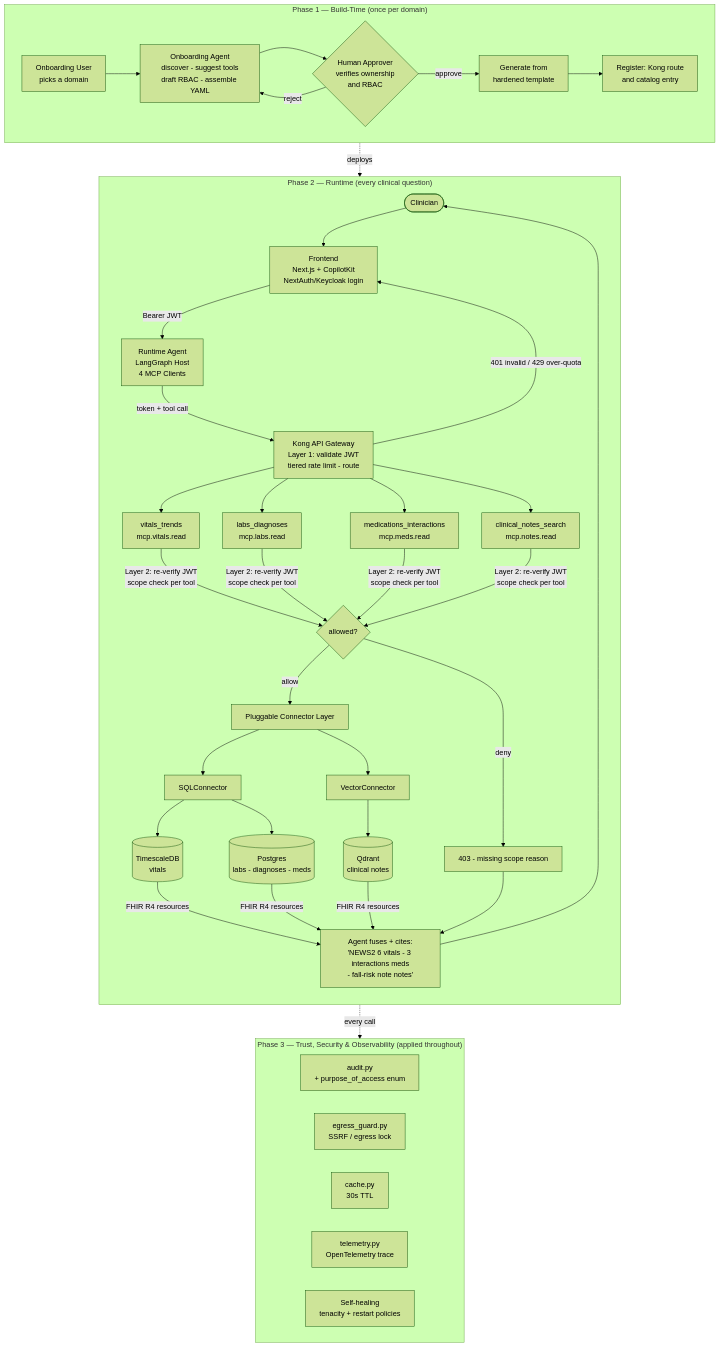
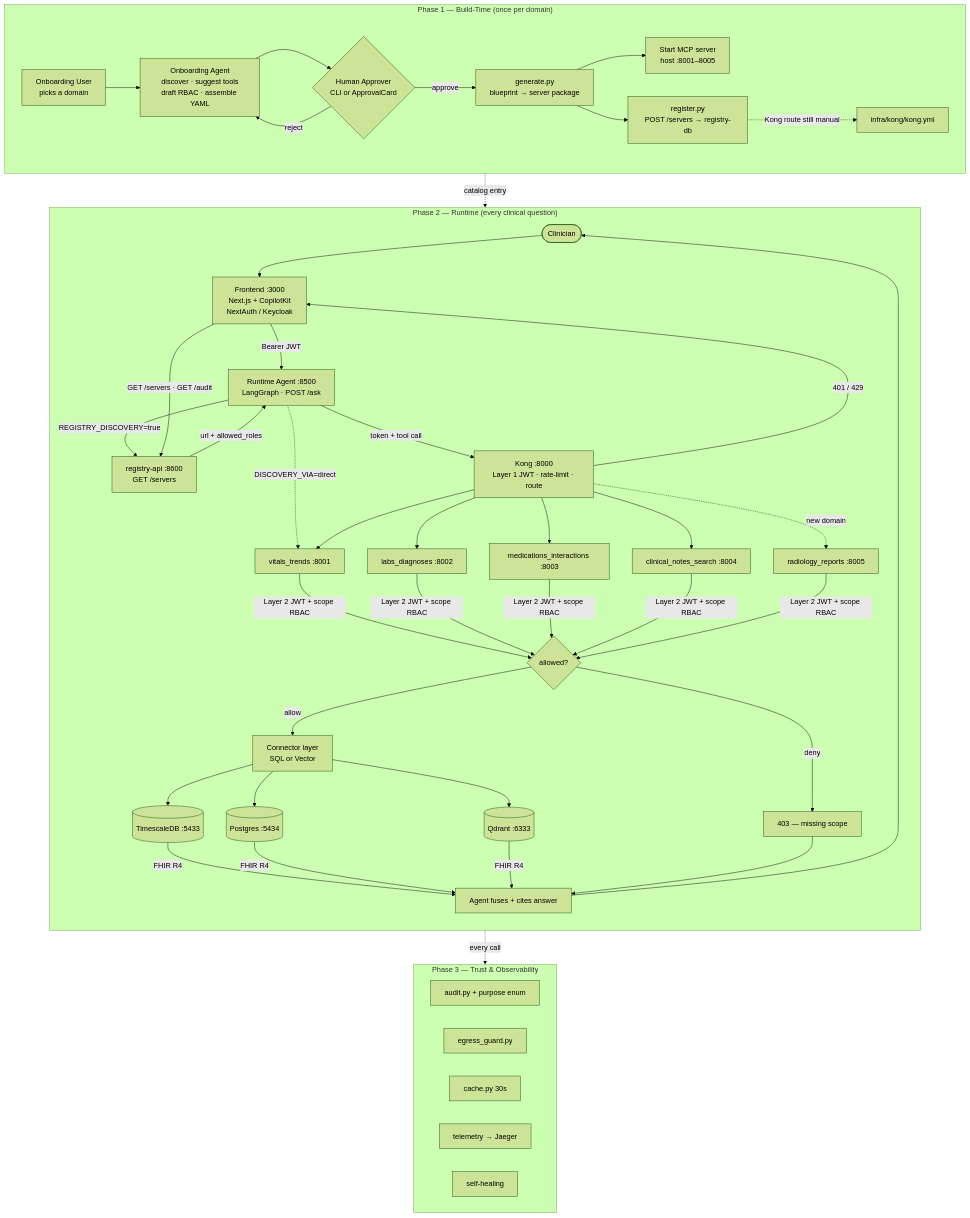
Before and after one commit to aakash-p-s/MCP-Data-Factory: the first of 2 diagrams in README.md, drawn with Mermaid (forest theme). The commit also changed other lines of this file and 13 other files, not shown here.

First line of the commit message:
docs: update flow diagrams for onboarding-runtime bridge

````diff
--- a/README.md
+++ b/README.md
@@ -80,50 +80,55 @@
 ```mermaid
 flowchart TB
     subgraph BUILD["Phase 1 — Build-Time (once per domain)"]
         direction LR
-        U1[Onboarding User<br/>picks a domain] --> OA[Onboarding Agent<br/>discover - suggest tools<br/>draft RBAC - assemble YAML]
-        OA --> HA{Human Approver<br/>verifies ownership<br/>and RBAC}
-        HA -->|approve| GEN[Generate from<br/>hardened template]
+        U1[Onboarding User<br/>picks a domain] --> OA[Onboarding Agent<br/>discover · suggest tools<br/>draft RBAC · assemble YAML]
+        OA --> HA{Human Approver<br/>CLI or ApprovalCard}
+        HA -->|approve| GEN[generate.py<br/>blueprint → server package]
         HA -->|reject| OA
-        GEN --> REG[Register: Kong route<br/>and catalog entry]
+        GEN --> START[Start MCP server<br/>host :8001–8005]
+        GEN --> REG[register.py<br/>POST /servers → registry-db]
+        REG -.Kong route still manual.-> KONG_CFG[infra/kong/kong.yml]
     end
 
     subgraph RUNTIME["Phase 2 — Runtime (every clinical question)"]
         direction TB
-        USER([Clinician]) --> FE[Frontend<br/>Next.js + CopilotKit<br/>NextAuth/Keycloak login]
-        FE -->|Bearer JWT| AGENT[Runtime Agent<br/>LangGraph Host<br/>4 MCP Clients]
-        AGENT -->|token + tool call| KONG[Kong API Gateway<br/>Layer 1: validate JWT<br/>tiered rate limit - route]
-        KONG -->|401 invalid / 429 over-quota| FE
+        USER([Clinician]) --> FE[Frontend :3000<br/>Next.js + CopilotKit<br/>NextAuth / Keycloak]
+        FE -->|Bearer JWT| AGENT[Runtime Agent :8500<br/>LangGraph · POST /ask]
+        AGENT -->|REGISTRY_DISCOVERY=true| RA[registry-api :8600<br/>GET /servers]
+        RA -->|url + allowed_roles| AGENT
+        AGENT -->|token + tool call| KONG[Kong :8000<br/>Layer 1 JWT · rate-limit · route]
+        KONG -->|401 / 429| FE
+        AGENT -.DISCOVERY_VIA=direct.-> S1
 
-        KONG --> S1[vitals_trends<br/>mcp.vitals.read]
-        KONG --> S2[labs_diagnoses<br/>mcp.labs.read]
-        KONG --> S3[medications_interactions<br/>mcp.meds.read]
-        KONG --> S4[clinical_notes_search<br/>mcp.notes.read]
+        KONG --> S1[vitals_trends :8001]
+        KONG --> S2[labs_diagnoses :8002]
+        KONG --> S3[medications_interactions :8003]
+        KONG --> S4[clinical_notes_search :8004]
+        KONG -.new domain.-> S5[radiology_reports :8005]
 
-        S1 & S2 & S3 & S4 -->|Layer 2: re-verify JWT<br/>scope check per tool| AUTHZ{allowed?}
-        AUTHZ -->|deny| D403[403 - missing scope reason]
-        AUTHZ -->|allow| CONN[Pluggable Connector Layer]
+        S1 & S2 & S3 & S4 & S5 -->|Layer 2 JWT + scope RBAC| AUTHZ{allowed?}
+        AUTHZ -->|deny| D403[403 — missing scope]
+        AUTHZ -->|allow| CONN[Connector layer<br/>SQL or Vector]
 
-        CONN --> SQL[SQLConnector]
-        CONN --> VEC[VectorConnector]
-        SQL --> TS[(TimescaleDB<br/>vitals)]
-        SQL --> PG[(Postgres<br/>labs - diagnoses - meds)]
-        VEC --> QD[(Qdrant<br/>clinical notes)]
+        CONN --> TS[(TimescaleDB :5433)]
+        CONN --> PG[(Postgres :5434)]
+        CONN --> QD[(Qdrant :6333)]
 
-        TS & PG & QD -->|FHIR R4 resources| FUSE[Agent fuses + cites:<br/>'NEWS2 6 vitals - 3 interactions meds<br/>- fall-risk note notes']
+        TS & PG & QD -->|FHIR R4| FUSE[Agent fuses + cites answer]
         D403 --> FUSE
         FUSE --> USER
     end
 
-    subgraph TRUST["Phase 3 — Trust, Security & Observability (applied throughout)"]
+    subgraph TRUST["Phase 3 — Trust & Observability"]
         direction LR
-        T1[audit.py<br/>+ purpose_of_access enum]
-        T2[egress_guard.py<br/>SSRF / egress lock]
-        T3[cache.py<br/>30s TTL]
-        T4[telemetry.py<br/>OpenTelemetry trace]
-        T5[Self-healing<br/>tenacity + restart policies]
+        T1[audit.py + purpose enum]
+        T2[egress_guard.py]
+        T3[cache.py 30s]
+        T4[telemetry → Jaeger]
+        T5[self-healing]
     end
 
-    REG -.deploys.-> RUNTIME
+    REG -.catalog entry.-> RA
     RUNTIME -.every call.-> TRUST
+    FE -->|GET /servers · GET /audit| RA
 ```
````
